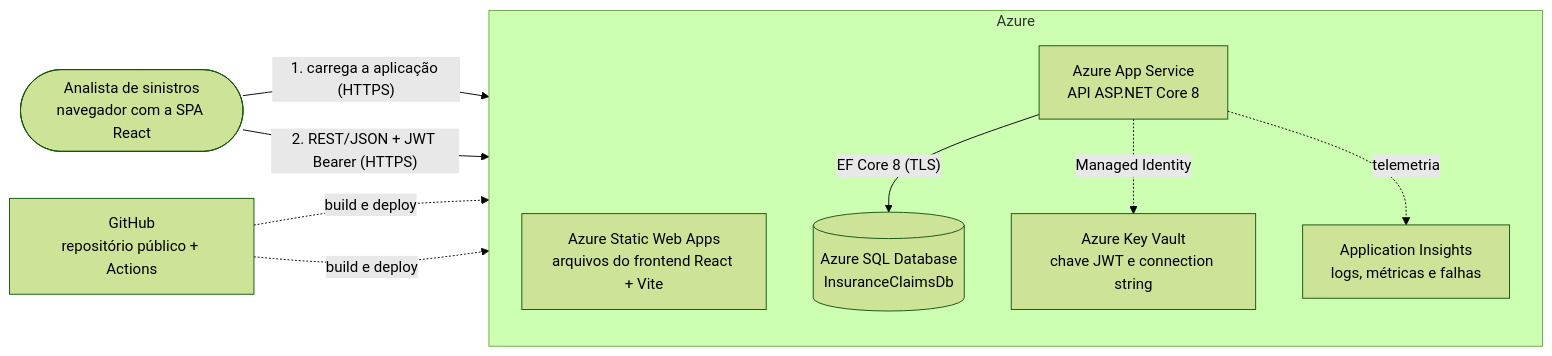
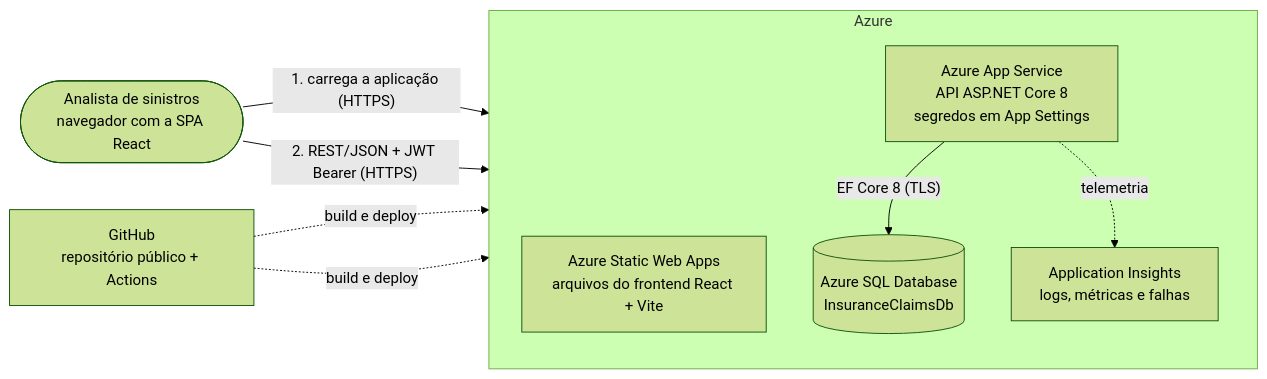
The first of 3 diagrams in docs/desenho-solucao.md (julianabravofavacho/insurance-claims), drawn with Mermaid (forest theme) before and after one commit. The commit also changed other lines of this file and 4 other files, not shown here.

````diff
--- a/docs/desenho-solucao.md
+++ b/docs/desenho-solucao.md
@@ -15,22 +15,20 @@
 ```mermaid
 flowchart LR
     user(["Analista de sinistros<br/>navegador com a SPA React"])
     gh["GitHub<br/>repositório público + Actions"]
 
     subgraph azure["Azure"]
         direction TB
         swa["Azure Static Web Apps<br/>arquivos do frontend React + Vite"]
-        api["Azure App Service<br/>API ASP.NET Core 8"]
+        api["Azure App Service<br/>API ASP.NET Core 8<br/>segredos em App Settings"]
         sql[("Azure SQL Database<br/>InsuranceClaimsDb")]
-        kv["Azure Key Vault<br/>chave JWT e connection string"]
         ai["Application Insights<br/>logs, métricas e falhas"]
     end
 
     user -->|"1. carrega a aplicação (HTTPS)"| swa
     user -->|"2. REST/JSON + JWT Bearer (HTTPS)"| api
     api -->|"EF Core 8 (TLS)"| sql
-    api -.->|"Managed Identity"| kv
     api -.->|"telemetria"| ai
     gh -.->|"build e deploy"| swa
     gh -.->|"build e deploy"| api
 ```
````
